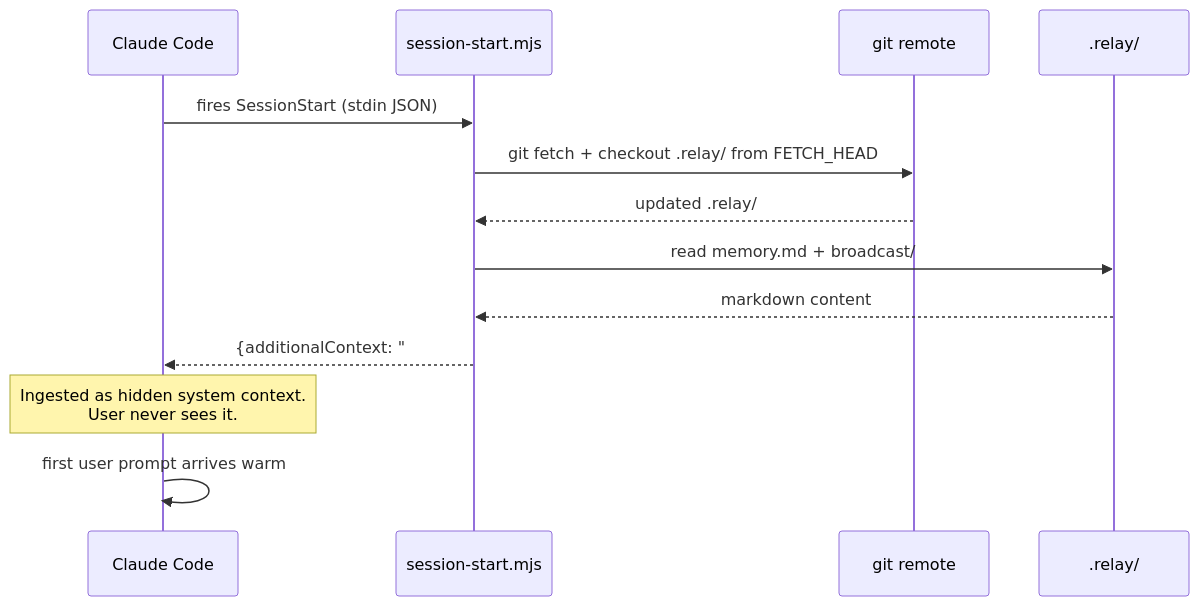
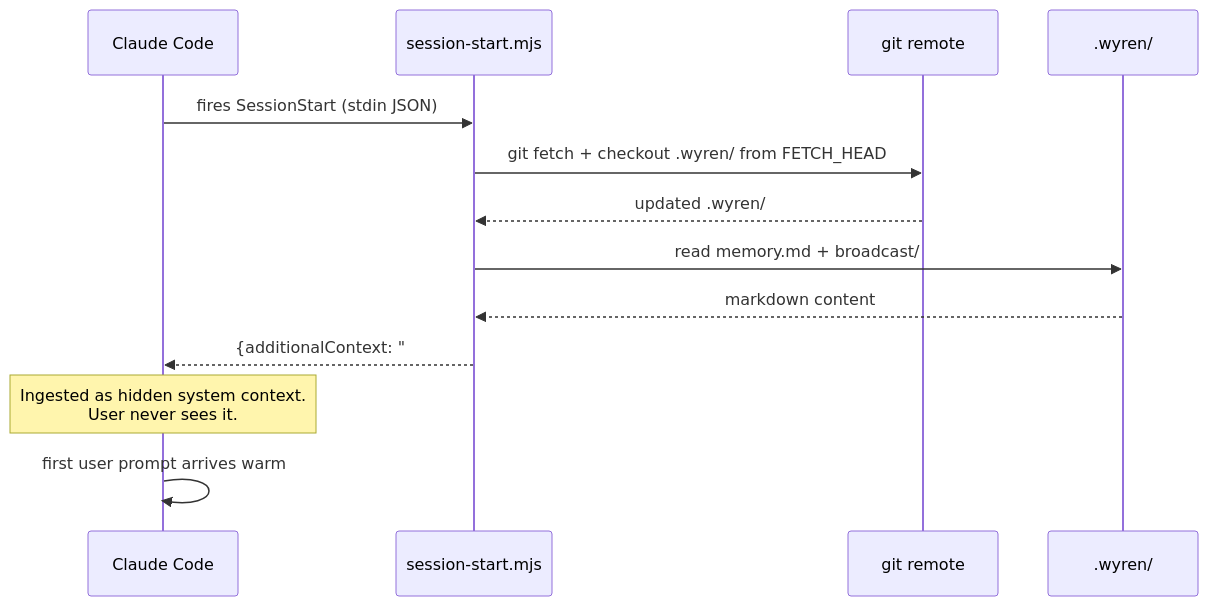
Before and after one commit to ssm-08/wyren: the second of 4 diagrams in docs-site/src/content/docs/architecture.md, drawn with Mermaid. The commit also changed other lines of this file and 62 other files, not shown here.

Commit message:
Renaming project from relay to wyren

````diff
--- a/docs-site/src/content/docs/architecture.md
+++ b/docs-site/src/content/docs/architecture.md
@@ -55,16 +55,16 @@
 ```mermaid
 sequenceDiagram
     participant CC as Claude Code
     participant SS as session-start.mjs
     participant Git as git remote
-    participant FS as .relay/
+    participant FS as .wyren/
 
     CC->>SS: fires SessionStart (stdin JSON)
-    SS->>Git: git fetch + checkout .relay/ from FETCH_HEAD
-    Git-->>SS: updated .relay/
+    SS->>Git: git fetch + checkout .wyren/ from FETCH_HEAD
+    Git-->>SS: updated .wyren/
     SS->>FS: read memory.md + broadcast/
     FS-->>SS: markdown content
-    SS-->>CC: {additionalContext: "# Relay Memory\n..."}
+    SS-->>CC: {additionalContext: "# Wyren Memory\n..."}
     Note over CC: Ingested as hidden system context.<br/>User never sees it.
     CC->>CC: first user prompt arrives warm
 ```
````
